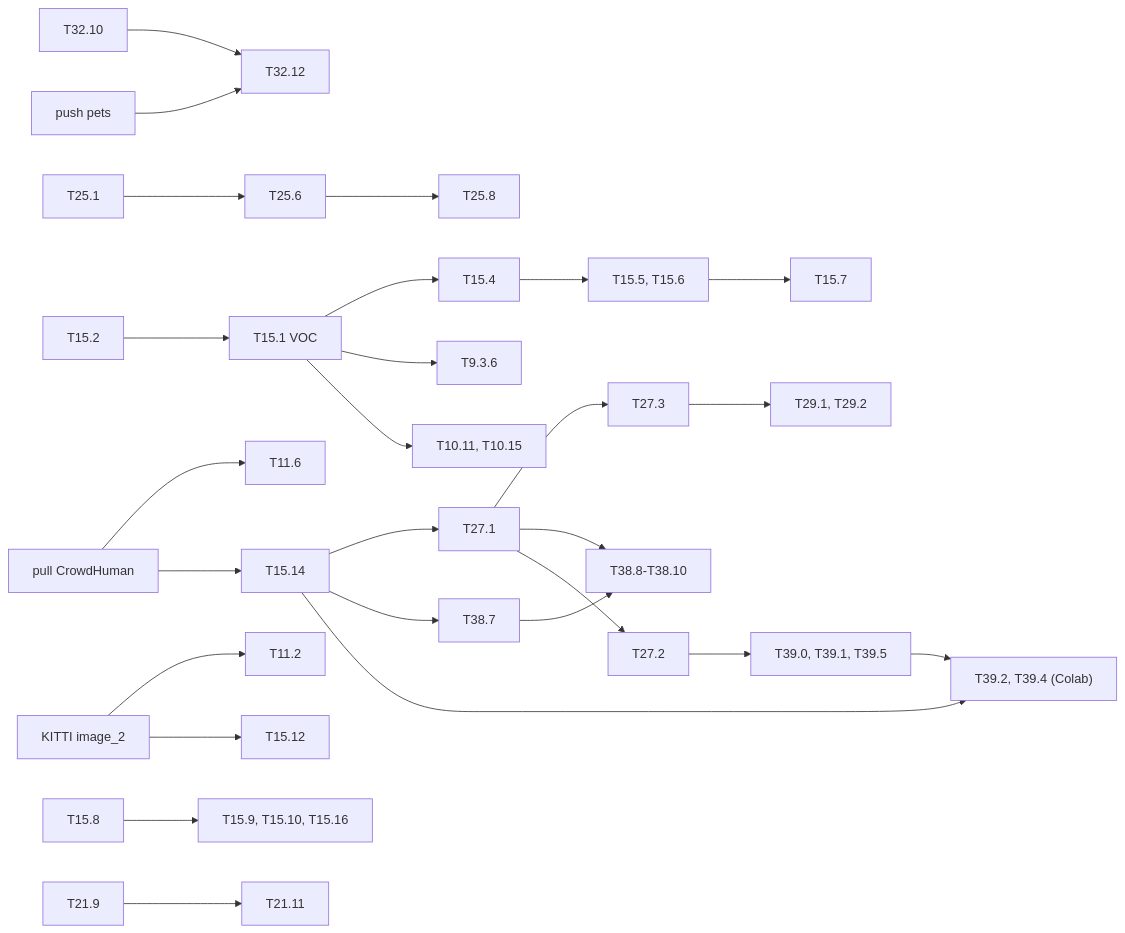
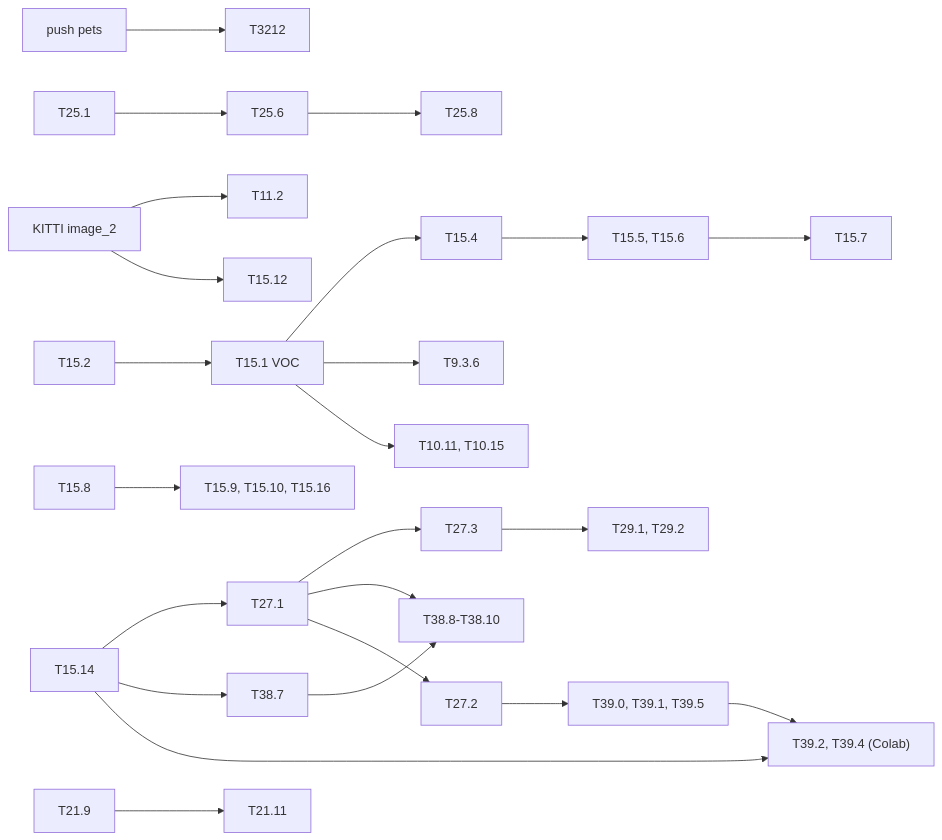
Before and after one commit to lrivals/EmbeddedComputervision: the diagram in docs/tasks/long-runs.md, drawn with Mermaid. The commit also changed other lines of this file and 4 other files, not shown here.

Commit message:
M32: TrashNet stats notebook run, TrashNet on the Drive, CrowdHuman pulled (T32.10, T32.11)

````diff
--- a/docs/tasks/long-runs.md
+++ b/docs/tasks/long-runs.md
@@ -151,17 +149,15 @@
 ```mermaid
 graph LR
-  T3210[T32.10] --> T3212[T32.12]
   PETS["push pets"] --> T3212
-  CH["pull CrowdHuman"] --> T116[T11.6] & T1514[T15.14]
-  T1514 --> T271[T27.1] --> T273[T27.3] --> T29["T29.1, T29.2"]
+  T1514[T15.14] --> T271[T27.1] --> T273[T27.3] --> T29["T29.1, T29.2"]
   T251[T25.1] --> T256[T25.6] --> T258[T25.8]
   KITTI["KITTI image_2"] --> T112[T11.2] & T1512[T15.12]
   T152[T15.2] --> T151["T15.1 VOC"] --> T154[T15.4] --> T155["T15.5, T15.6"] --> T157[T15.7]
   T151 --> T936[T9.3.6] & T1011["T10.11, T10.15"]
   T158[T15.8] --> T159["T15.9, T15.10, T15.16"]
   T219[T21.9] --> T2111[T21.11]
   T1514 --> T387[T38.7] --> T388["T38.8-T38.10"]
   T271 --> T388
   T271 --> T272[T27.2] --> T39["T39.0, T39.1, T39.5"] --> T392["T39.2, T39.4 (Colab)"]
   T1514 --> T392
 ```
````
